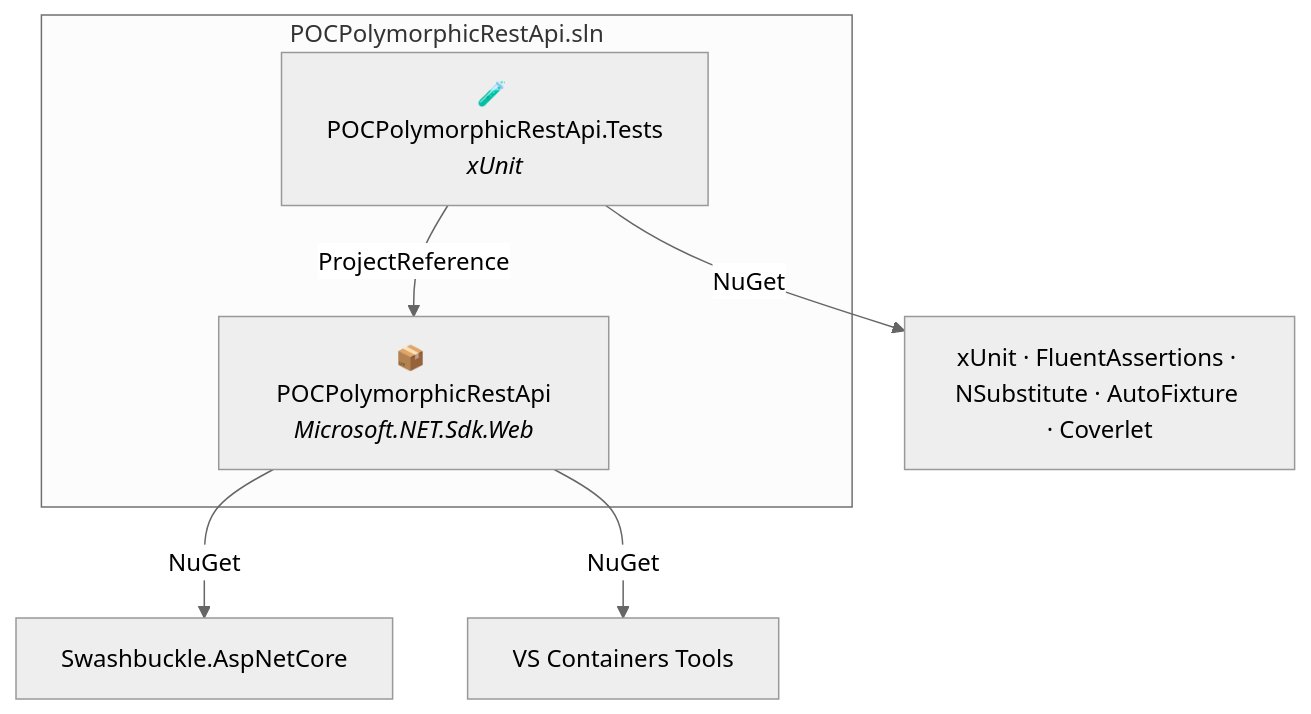
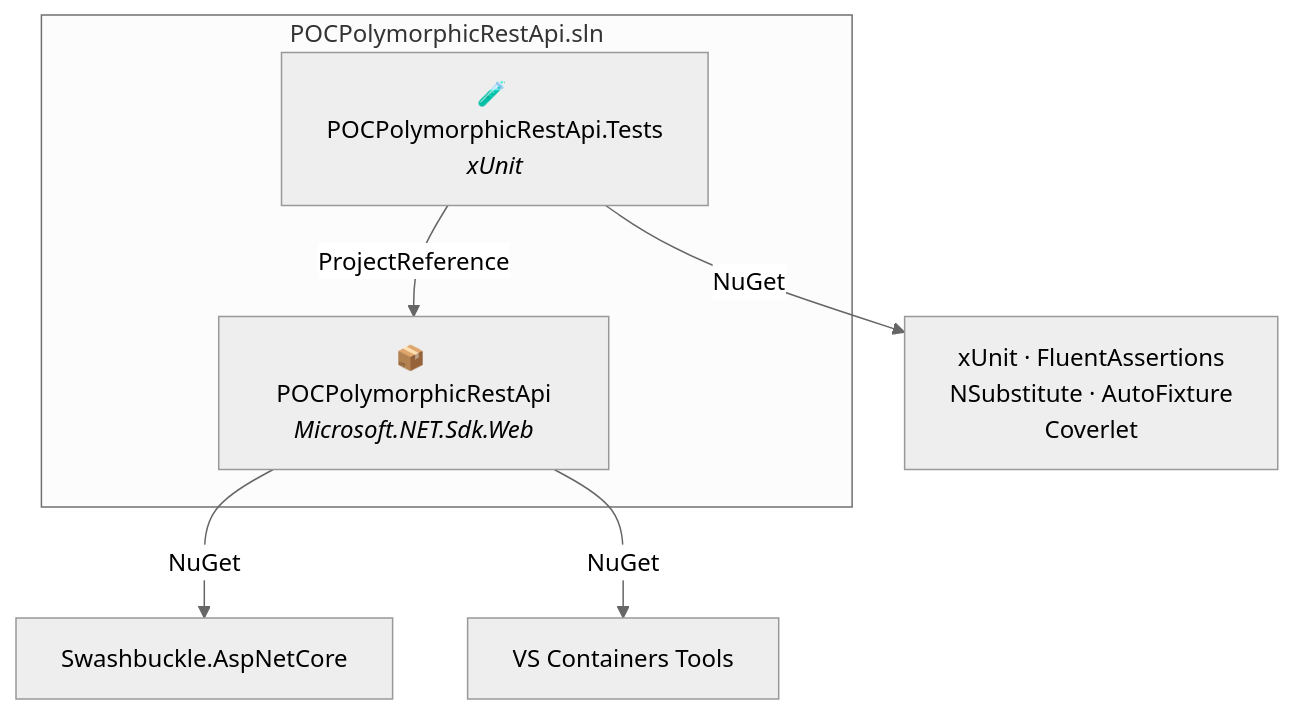
The second of 11 diagrams in README.md (GuilhermeStracini/POC-dotnet-polymorphic-rest-api), drawn with Mermaid (neutral theme) before and after one commit. The commit also changed other lines of this file, not shown here.

````diff
--- a/README.md
+++ b/README.md
@@ -100,11 +110,12 @@
 ```mermaid
 flowchart TB
     subgraph Solution["POCPolymorphicRestApi.sln"]
         API["📦 POCPolymorphicRestApi<br/><i>Microsoft.NET.Sdk.Web</i>"]
         TESTS["🧪 POCPolymorphicRestApi.Tests<br/><i>xUnit</i>"]
     end
     TESTS -- ProjectReference --> API
     API -- NuGet --> SW[Swashbuckle.AspNetCore]
     API -- NuGet --> CT[VS Containers Tools]
-    TESTS -- NuGet --> X[xUnit · FluentAssertions · NSubstitute · AutoFixture · Coverlet]
+    X[xUnit · FluentAssertions<br/>NSubstitute · AutoFixture<br/>Coverlet]
+    TESTS -- NuGet --> X
 ```
````
